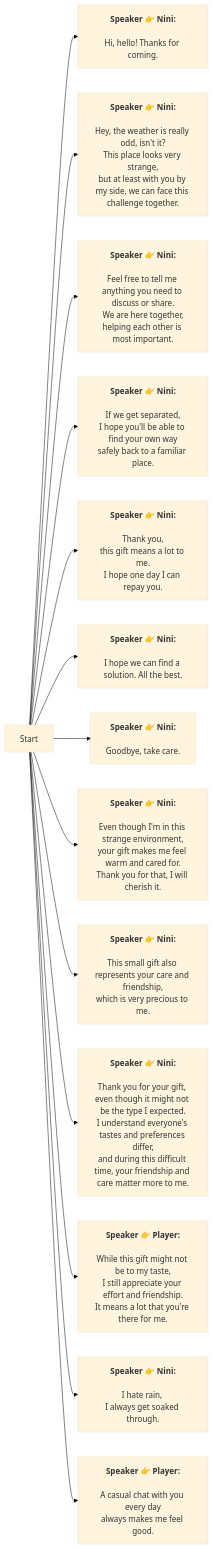
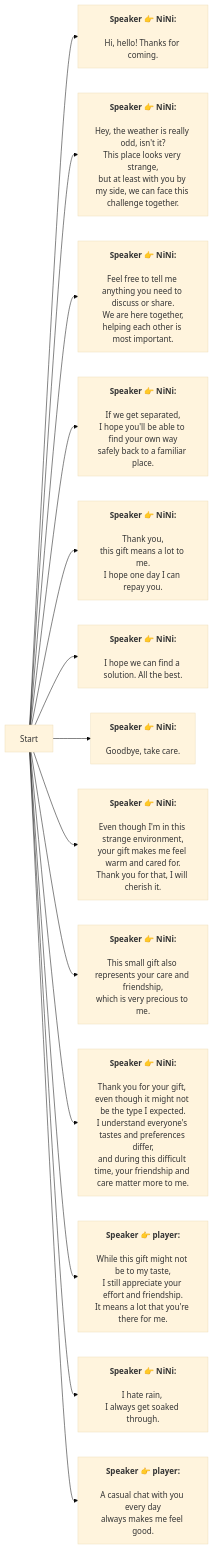
Before and after one commit to SoftHu/tos_avg: the diagram in En/NiNi.md, drawn with Mermaid (base theme). The commit also changed 737 other files, not shown here.

````diff
--- a/En/NiNi.md
+++ b/En/NiNi.md
@@ -1,60 +1,47 @@
 ```mermaid
 graph LR
-Start -->1734730740230258[<b>Speaker 👉 Nini:</b>
-
-Hi, hello! Thanks for coming.]
-Start -->1734730744063091[<b>Speaker 👉 Nini:</b>
-
-Hey, the weather is really odd, isn't it?
+Start -->1734730740230258[<b>Speaker 👉 NiNi:</b>
+\nHi, hello! Thanks for coming.]
+Start -->1734730744063091[<b>Speaker 👉 NiNi:</b>
+\nHey, the weather is really odd, isn't it?
 This place looks very strange,
 but at least with you by my side, we can face this challenge together.]
-Start -->1734730747935860[<b>Speaker 👉 Nini:</b>
-
-Feel free to tell me anything you need to discuss or share.
+Start -->1734730747935860[<b>Speaker 👉 NiNi:</b>
+\nFeel free to tell me anything you need to discuss or share.
 We are here together,
 helping each other is most important.]
-Start -->1734731567891567[<b>Speaker 👉 Nini:</b>
-
-If we get separated,
+Start -->1734731567891567[<b>Speaker 👉 NiNi:</b>
+\nIf we get separated,
 I hope you'll be able to find your own way
 safely back to a familiar place.]
-Start -->1734731733276786[<b>Speaker 👉 Nini:</b>
-
-Thank you,
+Start -->1734731733276786[<b>Speaker 👉 NiNi:</b>
+\nThank you,
 this gift means a lot to me.
 I hope one day I can repay you.]
-Start -->1734731595610224[<b>Speaker 👉 Nini:</b>
-
-I hope we can find a solution. All the best.]
-Start -->1734731600038001[<b>Speaker 👉 Nini:</b>
-
-Goodbye, take care.]
-Start -->1734732020340855[<b>Speaker 👉 Nini:</b>
-
-Even though I'm in this strange environment,
+Start -->1734731595610224[<b>Speaker 👉 NiNi:</b>
+\nI hope we can find a solution. All the best.]
+Start -->1734731600038001[<b>Speaker 👉 NiNi:</b>
+\nGoodbye, take care.]
+Start -->1734732020340855[<b>Speaker 👉 NiNi:</b>
+\nEven though I'm in this strange environment,
 your gift makes me feel warm and cared for.
 Thank you for that, I will cherish it.]
-Start -->1734732140215416[<b>Speaker 👉 Nini:</b>
-
-This small gift also represents your care and friendship,
+Start -->1734732140215416[<b>Speaker 👉 NiNi:</b>
+\nThis small gift also represents your care and friendship,
 which is very precious to me.]
-Start -->1734732145267833[<b>Speaker 👉 Nini:</b>
-
-Thank you for your gift, even though it might not be the type I expected.
+Start -->1734732145267833[<b>Speaker 👉 NiNi:</b>
+\nThank you for your gift, even though it might not be the type I expected.
 I understand everyone's tastes and preferences differ,
 and during this difficult time, your friendship and care matter more to me.]
-Start -->1734732156119162[<b>Speaker 👉 Player:</b>
-
-While this gift might not be to my taste,
+Start -->1734732156119162[<b>Speaker 👉 player:</b>
+\nWhile this gift might not be to my taste,
 I still appreciate your effort and friendship.
 It means a lot that you're there for me.]
-Start -->1734733236163709[<b>Speaker 👉 Nini:</b>
-
-I hate rain, 
+Start -->1734733236163709[<b>Speaker 👉 NiNi:</b>
+\nI hate rain, 
 I always get soaked through.]
-Start -->1734733242721406[<b>Speaker 👉 Player:</b>
-
-A casual chat with you every day
+Start -->1734733242721406[<b>Speaker 👉 player:</b>
+\nA casual chat with you every day
 always makes me feel good.]
 
- ```
+```
````
